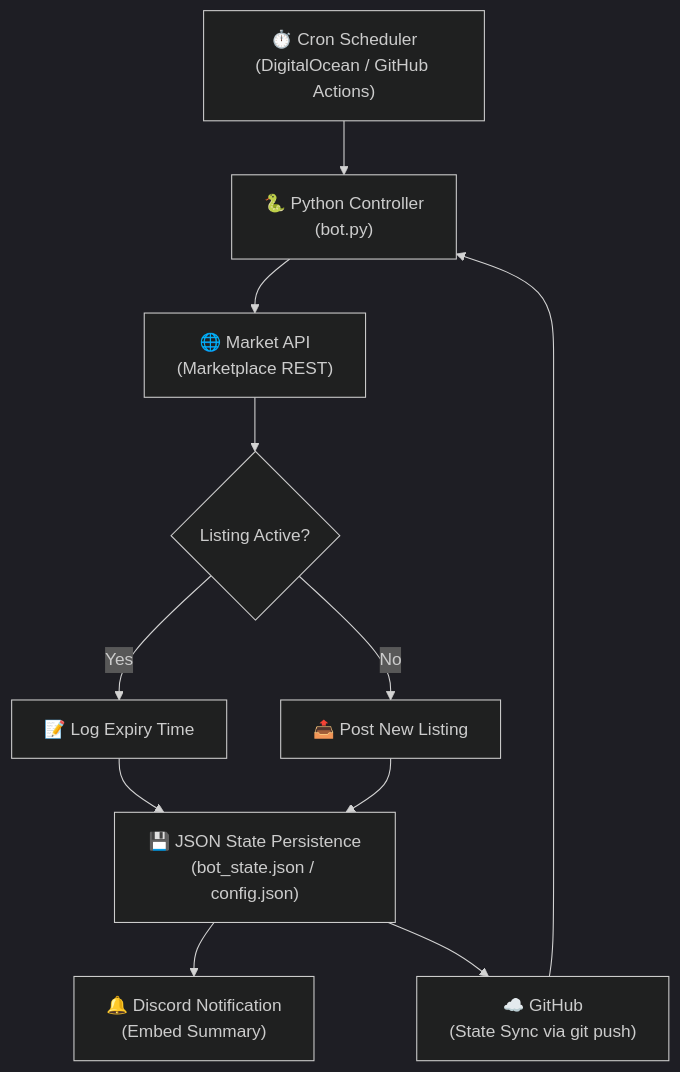
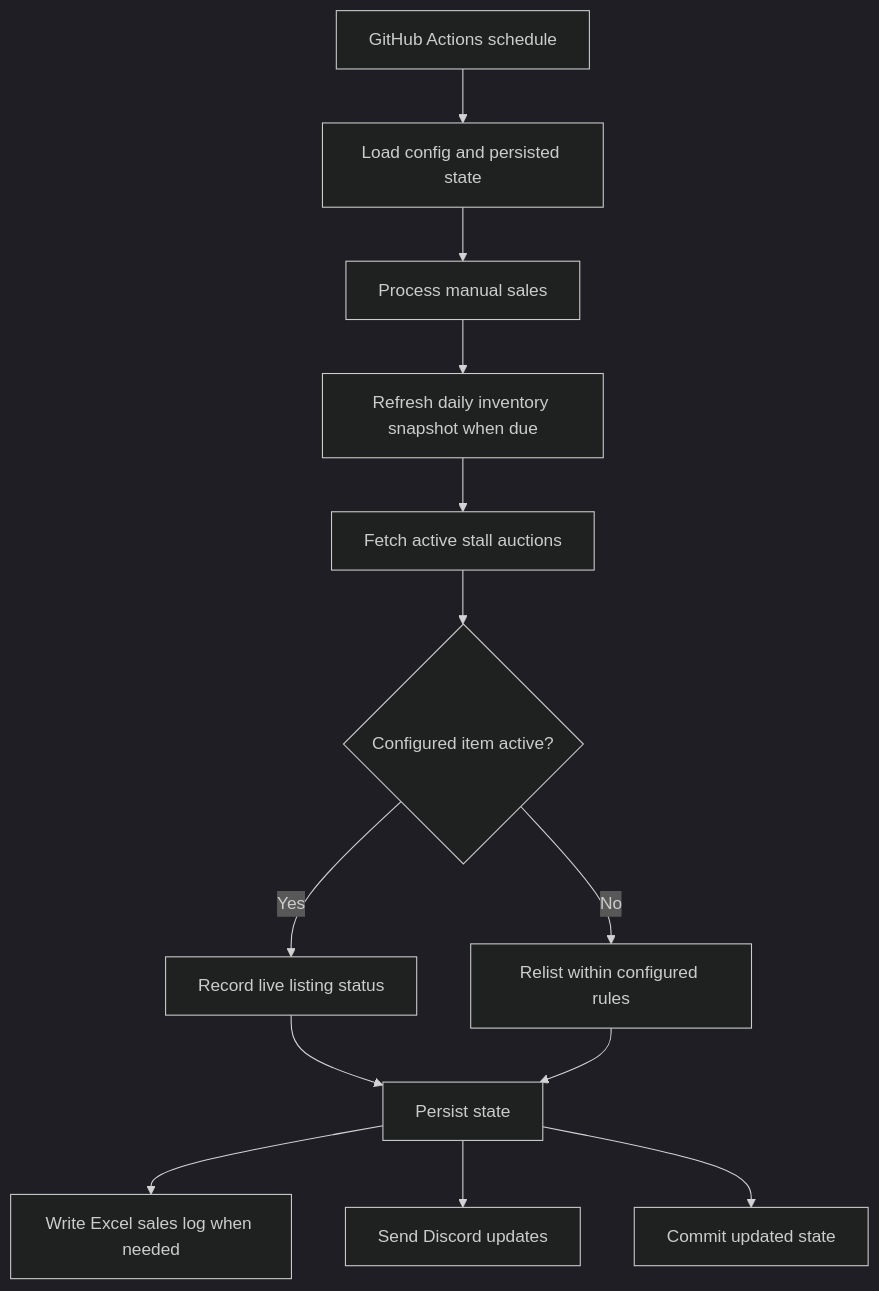
Before and after one commit to ChardXBT/auto-lister: the diagram in README.md, drawn with Mermaid (dark theme). The commit also changed other lines of this file and 1 other file, not shown here.

````diff
--- a/README.md
+++ b/README.md
@@ -37,13 +9,15 @@
 ```mermaid
 flowchart TD
-    A["⏱️ Cron Scheduler\n(DigitalOcean / GitHub Actions)"] --> B["🐍 Python Controller\n(bot.py)"]
-    B --> C["🌐 Market API\n(Marketplace REST)"]
-    C --> D{"Listing Active?"}
-    D -- Yes --> E["📝 Log Expiry Time"]
-    D -- No --> F["📤 Post New Listing"]
-    E --> G["💾 JSON State Persistence\n(bot_state.json / config.json)"]
-    F --> G
-    G --> H["🔔 Discord Notification\n(Embed Summary)"]
-    G --> I["☁️ GitHub\n(State Sync via git push)"]
-    I --> B
+    A["GitHub Actions schedule"] --> B["Load config and persisted state"]
+    B --> C["Process manual sales"]
+    C --> D["Refresh daily inventory snapshot when due"]
+    D --> E["Fetch active stall auctions"]
+    E --> F{"Configured item active?"}
+    F -->|Yes| G["Record live listing status"]
+    F -->|No| H["Relist within configured rules"]
+    G --> I["Persist state"]
+    H --> I
+    I --> J["Write Excel sales log when needed"]
+    I --> K["Send Discord updates"]
+    I --> L["Commit updated state"]
 ```
````
